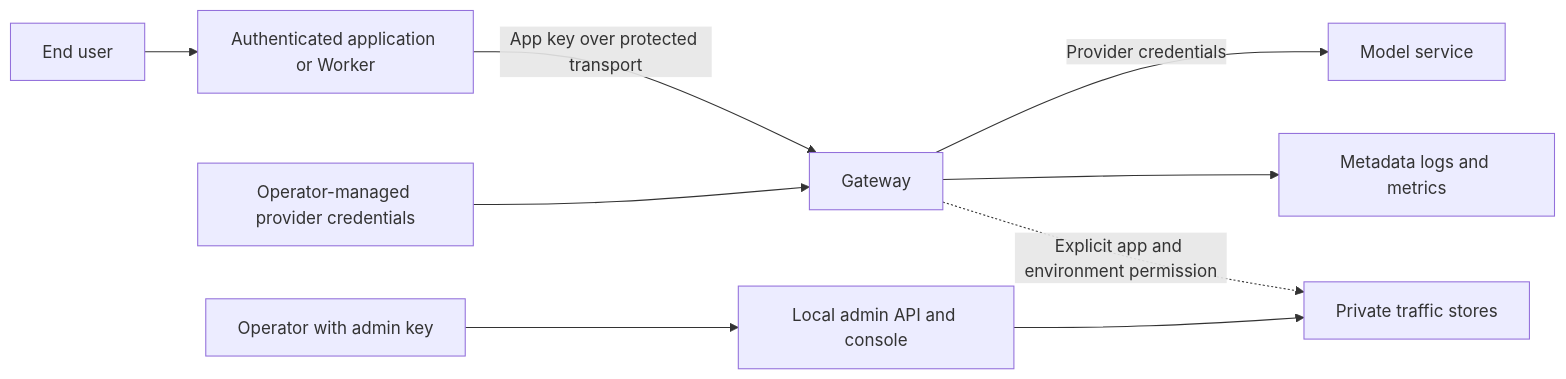
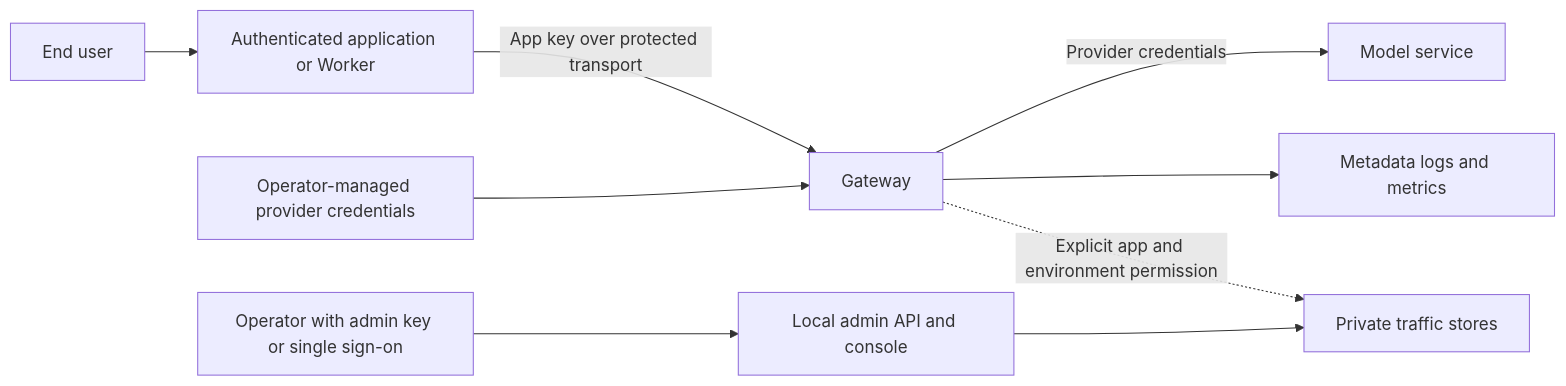
Before and after one commit to m87techlabs/m87-ai-gateway: the diagram in docs/security.md, drawn with Mermaid. The commit also changed other lines of this file and 42 other files, not shown here.

First line of the commit message:
feat: add single sign-on with admin and read-only roles

````diff
--- a/docs/security.md
+++ b/docs/security.md
@@ -5,11 +5,11 @@
 ```mermaid
 flowchart LR
     User[End user] --> Backend[Authenticated application or Worker]
     Backend -->|App key over protected transport| Gateway[Gateway]
     Secrets[Operator-managed provider credentials] --> Gateway
     Gateway -->|Provider credentials| Provider[Model service]
     Gateway --> Metadata[Metadata logs and metrics]
     Gateway -. Explicit app and environment permission .-> Content[Private traffic stores]
-    Operator[Operator with admin key] --> Console[Local admin API and console]
+    Operator[Operator with admin key or single sign-on] --> Console[Local admin API and console]
     Console --> Content
 ```
````
